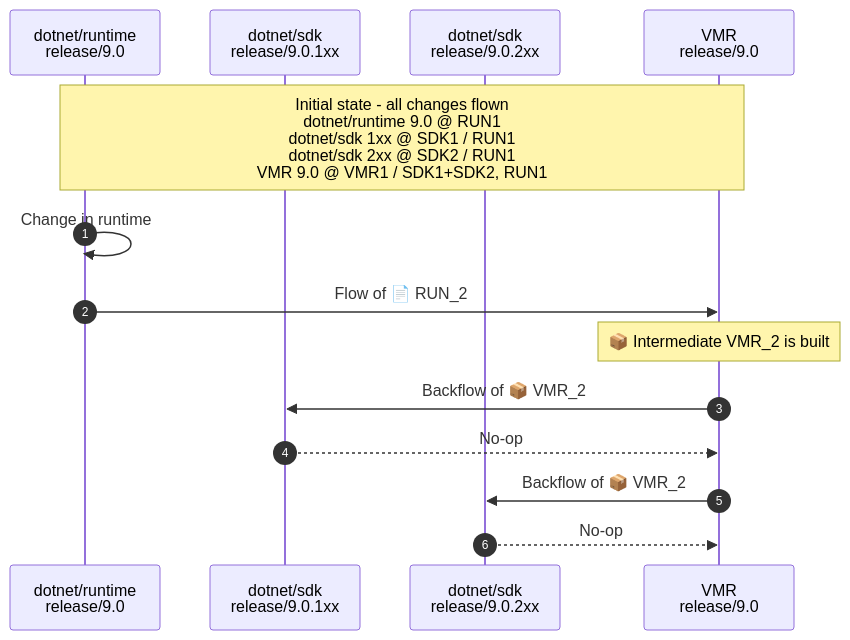
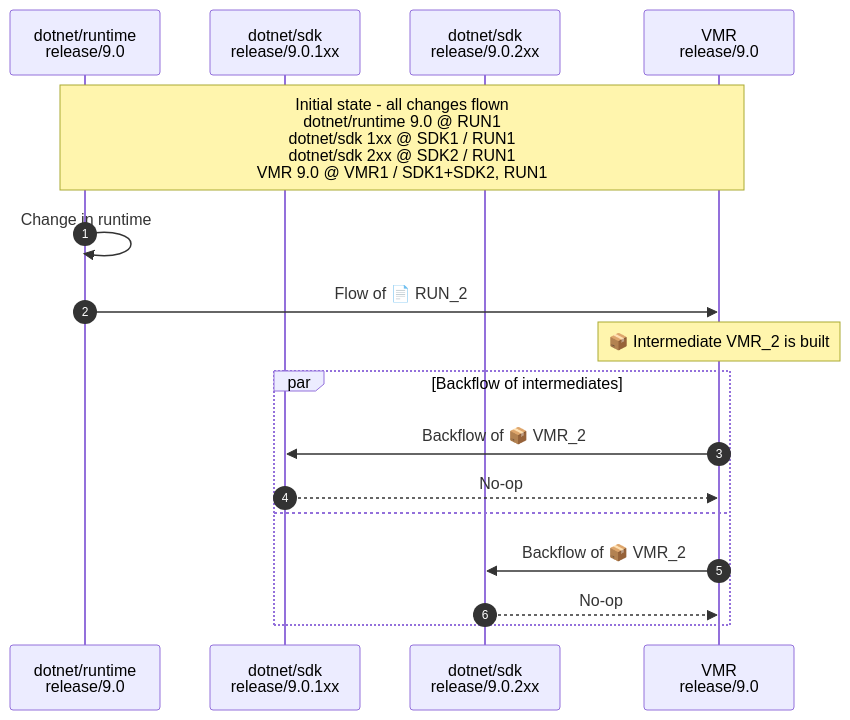
The sixth of 8 diagrams in Documentation/UnifiedBuild/VMR-Managing-SDK-Bands.md (dotnet/arcade), drawn with Mermaid before and after one commit. The commit also changed other lines of this file, not shown here.

````diff
--- a/Documentation/UnifiedBuild/VMR-Managing-SDK-Bands.md
+++ b/Documentation/UnifiedBuild/VMR-Managing-SDK-Bands.md
@@ -315,19 +315,23 @@
 ```mermaid
 sequenceDiagram
     autonumber
 
     participant runtime as dotnet/runtime<br />release/9.0
     participant SDK_1xx as dotnet/sdk<br />release/9.0.1xx
     participant SDK_2xx as dotnet/sdk<br />release/9.0.2xx
     participant VMR as VMR<br />release/9.0
 
     Note over runtime, VMR: Initial state - all changes flown<br />dotnet/runtime 9.0 @ RUN1<br />dotnet/sdk 1xx @ SDK1 / RUN1<br />dotnet/sdk 2xx @ SDK2 / RUN1<br />VMR 9.0 @ VMR1 / SDK1+SDK2, RUN1
 
     runtime->>runtime: Change in runtime
     runtime->>VMR: Flow of 📄 RUN_2
     Note over VMR: 📦 Intermediate VMR_2 is built
-    VMR->>SDK_1xx: Backflow of 📦 VMR_2
-    SDK_1xx-->>VMR: No-op
-    VMR->>SDK_2xx: Backflow of 📦 VMR_2
-    SDK_2xx-->>VMR: No-op
+
+    par Backflow of intermediates
+        VMR->>SDK_1xx: Backflow of 📦 VMR_2
+        SDK_1xx-->>VMR: No-op
+    and
+        VMR->>SDK_2xx: Backflow of 📦 VMR_2
+        SDK_2xx-->>VMR: No-op
+    end
 ```
````
